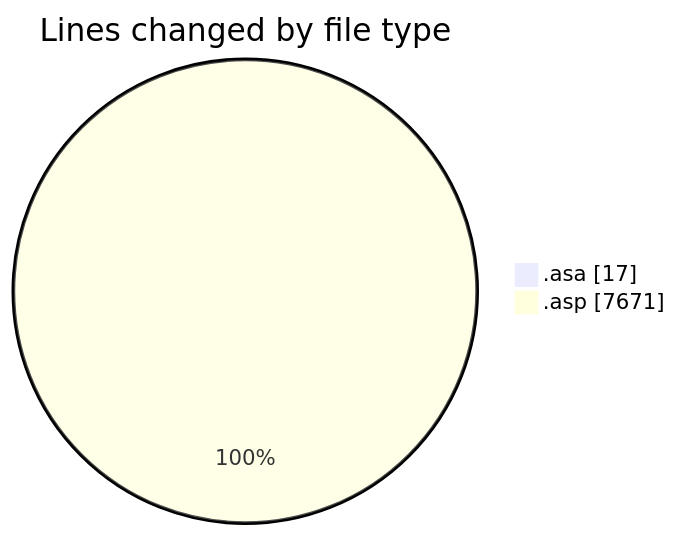
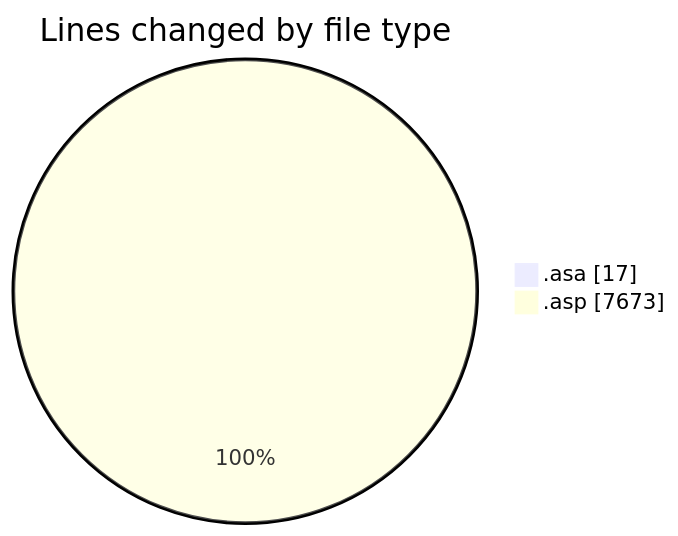
Before and after one commit to julien-gomy/code-tracking: the first of 2 diagrams in 2025-11-06/usr_aleoudev_fr__workspace_/README.md, drawn with Mermaid. The commit also changed other lines of this file and 1 other file, not shown here.

````diff
--- a/2025-11-06/usr_aleoudev_fr__workspace_/README.md
+++ b/2025-11-06/usr_aleoudev_fr__workspace_/README.md
@@ -24,6 +24,6 @@
 ```mermaid
 pie showData
 title Lines changed by file type
 ".asa" : 17
-".asp" : 7671
+".asp" : 7673
 ```
````
